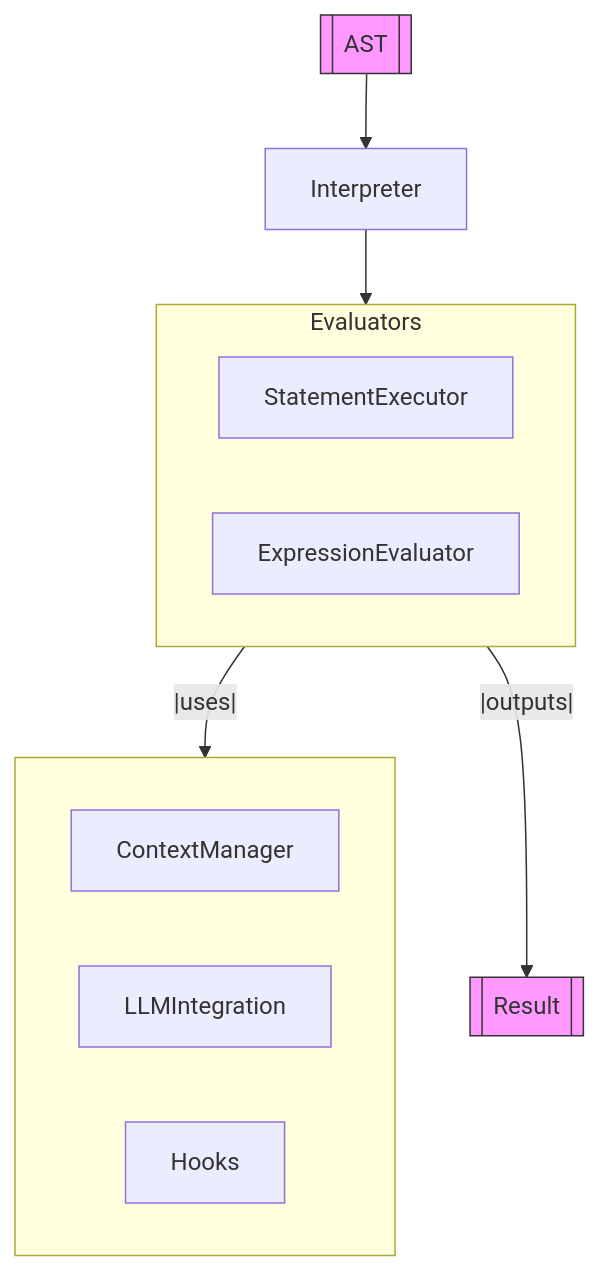
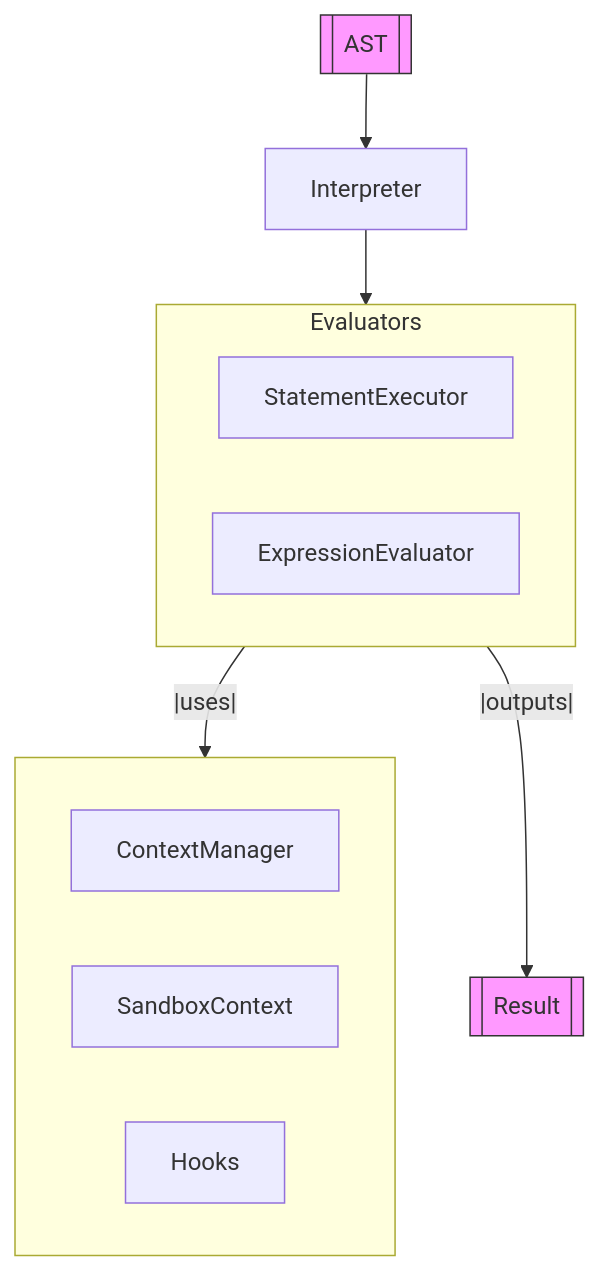
Before and after one commit to aitomatic/dana: the diagram in docs/dana/interpreter.md, drawn with Mermaid. The commit also changed other lines of this file and 31 other files, not shown here.

````diff
--- a/docs/dana/interpreter.md
+++ b/docs/dana/interpreter.md
@@ -32,18 +32,18 @@
 ```mermaid
 graph TB
     AST[[AST]] --> I[Interpreter]
     I --> EV
     subgraph EV [Evaluators]
         SE[StatementExecutor]
         EE[ExpressionEvaluator]
     end
     subgraph UT [ ]
         CM[ContextManager]
-        LLM[LLMIntegration]
+        SC[SandboxContext]
         Hooks[Hooks]
     end
     EV --|uses|--> UT
     EV --|outputs|--> Output[[Result]]
     style AST fill:#f9f,stroke:#333
     style Output fill:#f9f,stroke:#333
 ```
````
